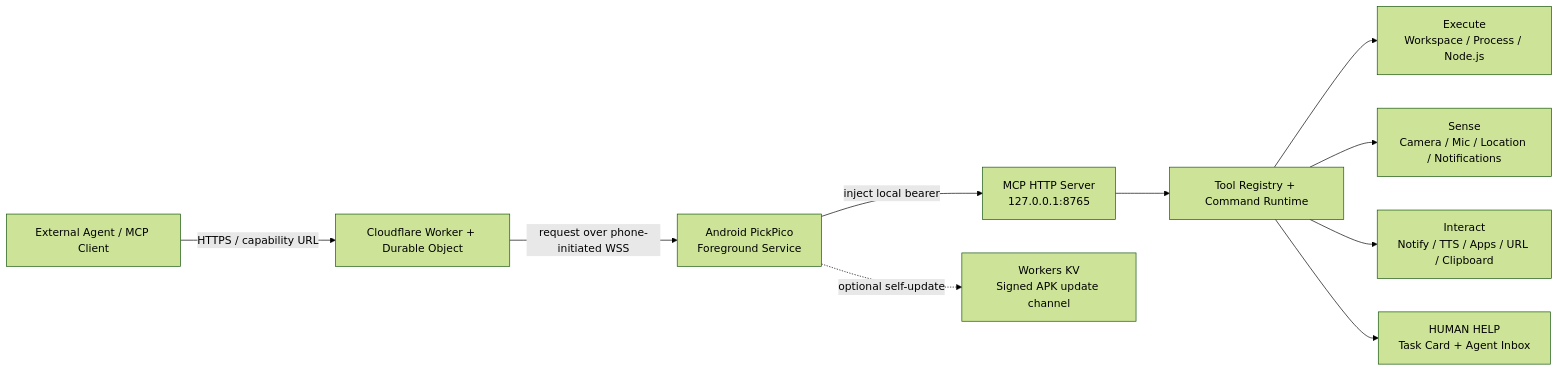
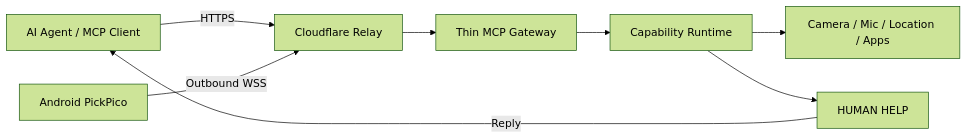
One commit to mabyes1/PickPico changed the diagram in README.md. Above: the diagram before and after it, drawn with Mermaid (forest theme). The commit also changed other lines of this file and 27 other files, not shown here.

Commit message:
Freeze PickPico hackathon P0

````diff
--- a/README.md
+++ b/README.md
@@ -94,23 +36,18 @@
 ```mermaid
 flowchart LR
-    A[External Agent / MCP Client]
-    CF[Cloudflare Worker + Durable Object]
-    APP[Android PickPico\nForeground Service]
-    MCP[MCP HTTP Server\n127.0.0.1:8765]
-    REG[Tool Registry + Command Runtime]
-    EX[Execute\nWorkspace / Process / Node.js]
-    SE[Sense\nCamera / Mic / Location / Notifications]
-    IN[Interact\nNotify / TTS / Apps / URL / Clipboard]
-    HH[HUMAN HELP\nTask Card + Agent Inbox]
-    KV[Workers KV\nSigned APK update channel]
+    AGENT[AI Agent / MCP Client]
+    RELAY[Cloudflare Relay]
+    PHONE[Android PickPico]
+    MCP[Thin MCP Gateway]
+    RUNTIME[Capability Runtime]
+    WORLD[Camera / Mic / Location / Apps]
+    HUMAN[HUMAN HELP]
 
-    A -->|HTTPS / capability URL| CF
-    CF -->|request over phone-initiated WSS| APP
-    APP -->|inject local bearer| MCP
-    MCP --> REG
-    REG --> EX
-    REG --> SE
-    REG --> IN
-    REG --> HH
-    APP -. optional self-update .-> KV
+    AGENT -->|HTTPS| RELAY
+    PHONE -->|Outbound WSS| RELAY
+    RELAY --> MCP
+    MCP --> RUNTIME
+    RUNTIME --> WORLD
+    RUNTIME --> HUMAN
+    HUMAN -->|Reply| AGENT
 ```
````
